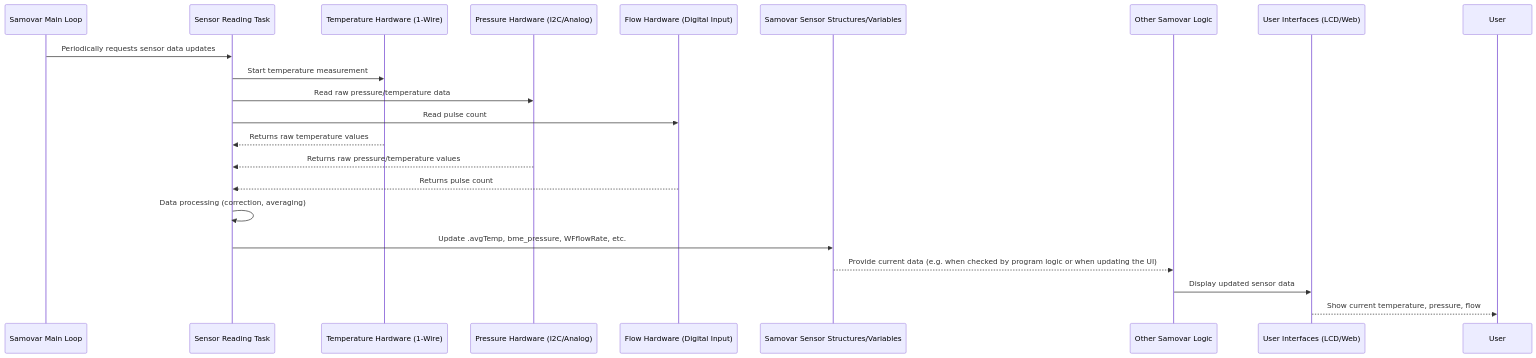
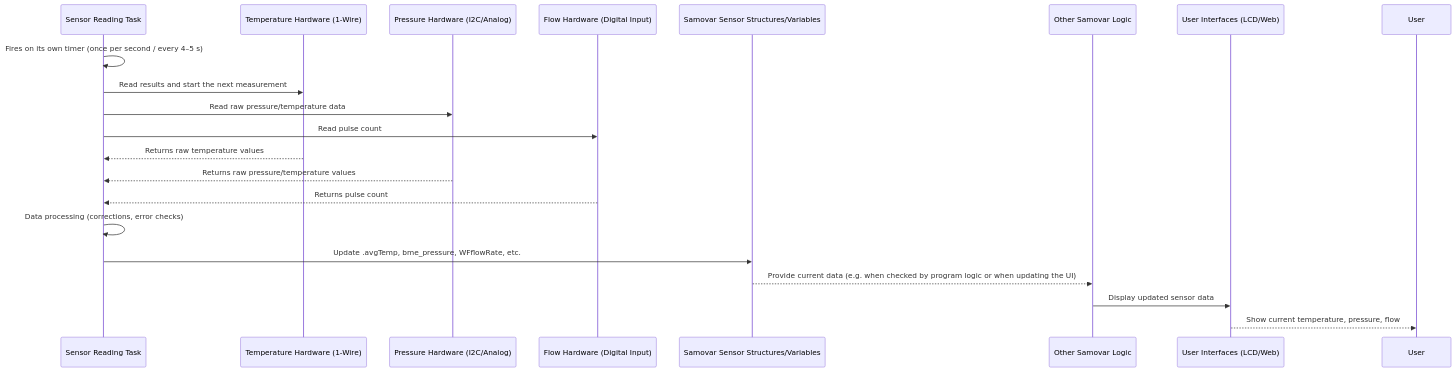
Before and after one commit to LKosoj/Samovar: the diagram in doc/en/04_sensor_data_acquisition_.md, drawn with Mermaid. The commit also changed other lines of this file and 35 other files, not shown here.

First line of the commit message:
Уточнение документации, схемы UI и тестов интерфейса

````diff
--- a/doc/en/04_sensor_data_acquisition_.md
+++ b/doc/en/04_sensor_data_acquisition_.md
@@ -89,19 +91,19 @@
 ```mermaid
 sequenceDiagram
-    Samovar Main Loop->>Sensor Reading Task: Periodically requests sensor data updates
-    Sensor Reading Task->>Temperature Hardware (1-Wire): Start temperature measurement
+    Sensor Reading Task->>Sensor Reading Task: Fires on its own timer (once per second / every 4–5 s)
+    Sensor Reading Task->>Temperature Hardware (1-Wire): Read results and start the next measurement
     Sensor Reading Task->>Pressure Hardware (I2C/Analog): Read raw pressure/temperature data
     Sensor Reading Task->>Flow Hardware (Digital Input): Read pulse count
 
     Temperature Hardware (1-Wire)-->>Sensor Reading Task: Returns raw temperature values
     Pressure Hardware (I2C/Analog)-->>Sensor Reading Task: Returns raw pressure/temperature values
     Flow Hardware (Digital Input)-->>Sensor Reading Task: Returns pulse count
 
-    Sensor Reading Task->>Sensor Reading Task: Data processing (correction, averaging)
+    Sensor Reading Task->>Sensor Reading Task: Data processing (corrections, error checks)
     Sensor Reading Task->>Samovar Sensor Structures/Variables: Update .avgTemp, bme_pressure, WFflowRate, etc.
 
     Samovar Sensor Structures/Variables-->>Other Samovar Logic: Provide current data (e.g. when checked by program logic or when updating the UI)
 
     Other Samovar Logic->>User Interfaces (LCD/Web): Display updated sensor data
     User Interfaces (LCD/Web)-->>User: Show current temperature, pressure, flow
 ```
````
